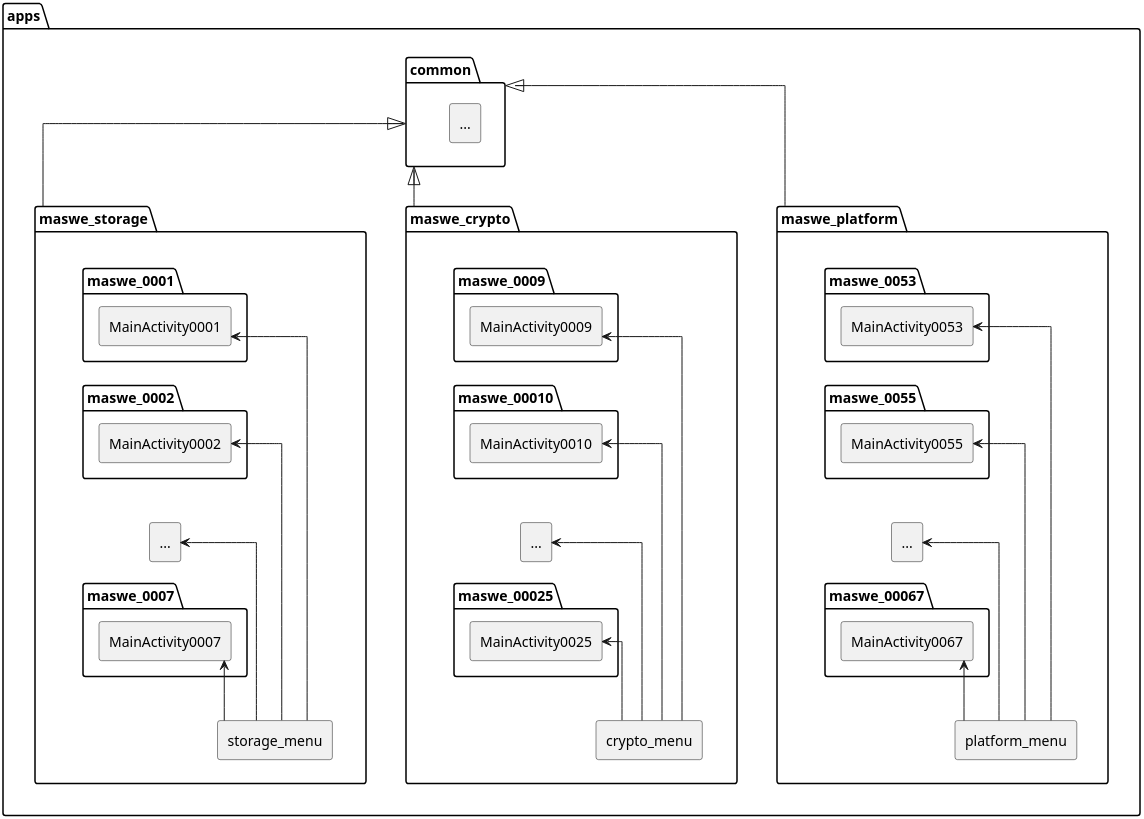
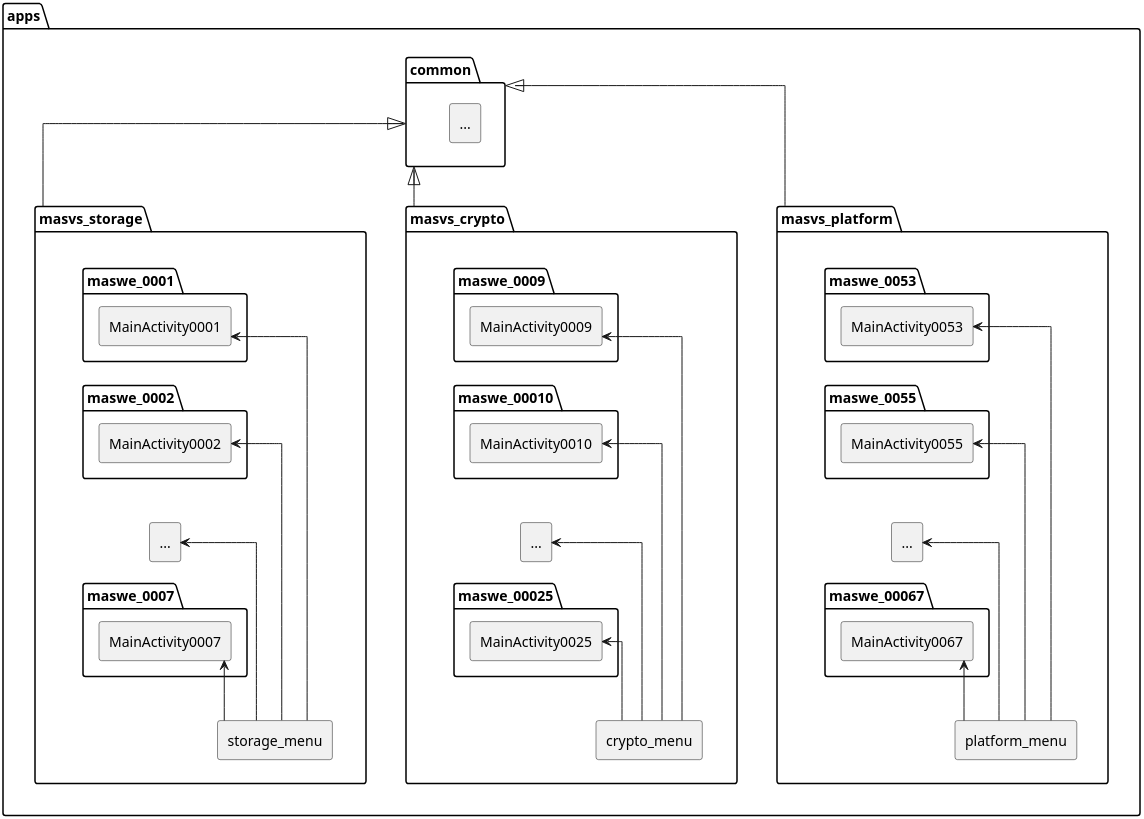
The diagram in apps/uml_diagrams/class_diagram_highlevel.puml (domi-cmd/Reference_Application_for_OWASP_MASTG), drawn with PlantUML before and after one commit. The commit also changed 6 other files, not shown here.

Commit message:
Did final refinements of the uml diagrams of <Design> section, removed all titles, adjusted names from <maswe...> to <masvs...>

```diff
--- a/apps/uml_diagrams/class_diagram_highlevel.puml
+++ b/apps/uml_diagrams/class_diagram_highlevel.puml
@@ -1,117 +1,117 @@
 @startuml
 'https://plantuml.com/class-diagram
 ' title "High level view of system architecture"
 top to bottom direction
 skinparam classAttributeIconSize 0
 skinparam dpi 300
 skinparam linetype ortho
 
 package "apps" {
     package common {
         rectangle "..." as empty
     }
 
-    package maswe_storage {
+    package masvs_storage {
         rectangle storage_menu
 
         together {
                package maswe_0001 {
                    rectangle MainActivity0001
                }
 
                package maswe_0002 {
                    rectangle MainActivity0002
                }
 
                rectangle "..." as skipped
 
                package maswe_0007 {
                    rectangle MainActivity0007
                }
         }
     }
 
-    package maswe_crypto {
+    package masvs_crypto {
         rectangle crypto_menu
 
         together {
 
             package maswe_0009 {
                 rectangle MainActivity0009
             }
 
             package maswe_00010 {
                 rectangle MainActivity0010
             }
 
             rectangle "..." as skipped2
 
             package maswe_00025 {
                 rectangle MainActivity0025
             }
         }
     }
 
-    package maswe_platform {
+    package masvs_platform {
         rectangle platform_menu
 
         together {
             package maswe_0053 {
                 rectangle MainActivity0053
             }
 
              package maswe_0055 {
                 rectangle MainActivity0055
              }
 
                 rectangle "..." as skipped3
 
             package maswe_00067 {
                 rectangle MainActivity0067
             }
         }
     }
 }
 
 ' Usage
 MainActivity0001 <-- storage_menu
 MainActivity0002 <-- storage_menu
 skipped <-- storage_menu
 MainActivity0007 <-- storage_menu
 
 
 MainActivity0009 <-- crypto_menu
 MainActivity0010 <-- crypto_menu
 skipped2 <-- crypto_menu
 MainActivity0025 <-- crypto_menu
 
 
 MainActivity0053 <-- platform_menu
 MainActivity0055 <-- platform_menu
 skipped3 <-- platform_menu
 MainActivity0067 <-- platform_menu
 
 ' Hidden links to enforce order
 MainActivity0001 -[hidden]down- MainActivity0002
 MainActivity0002 -[hidden]down- skipped
 skipped -[hidden]down- MainActivity0007
 
 MainActivity0009 -[hidden]down- MainActivity0010
 MainActivity0010 -[hidden]down- skipped2
 skipped2 -[hidden]down- MainActivity0025
 
 MainActivity0053 -[hidden]down- MainActivity0055
 MainActivity0055 -[hidden]down- skipped3
 skipped3 -[hidden]down- MainActivity0067
 
 ' layouts -[hidden]down- "abstract activities"
 
 
 ' Inhertiance
-common <|-- maswe_storage
-common <|-- maswe_crypto
-common <|-- maswe_platform
+common <|-- masvs_storage
+common <|-- masvs_crypto
+common <|-- masvs_platform
 
 
 
 @enduml
```
